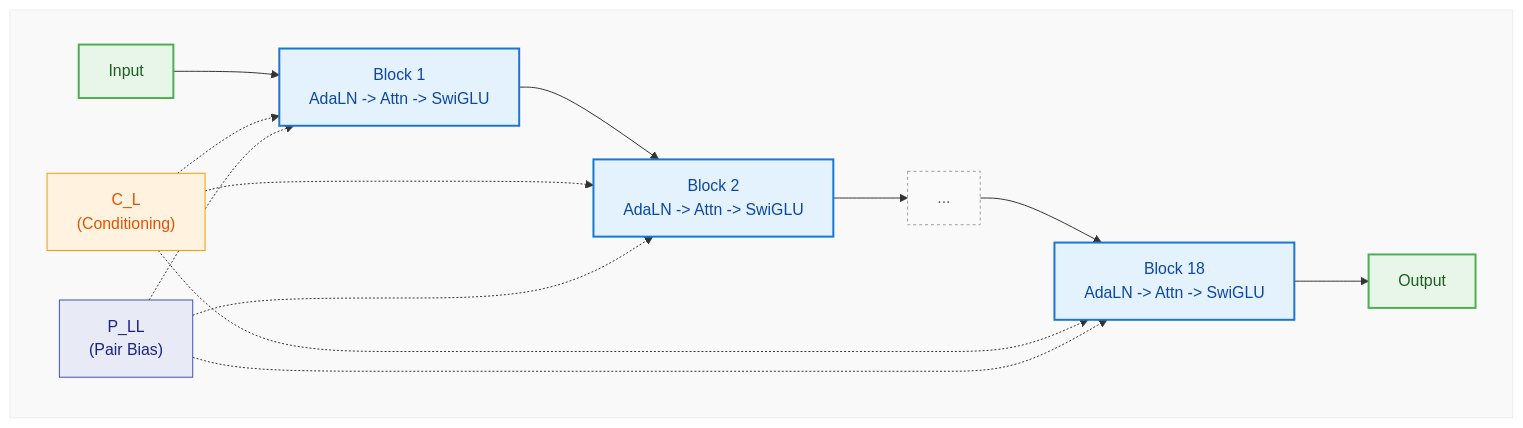
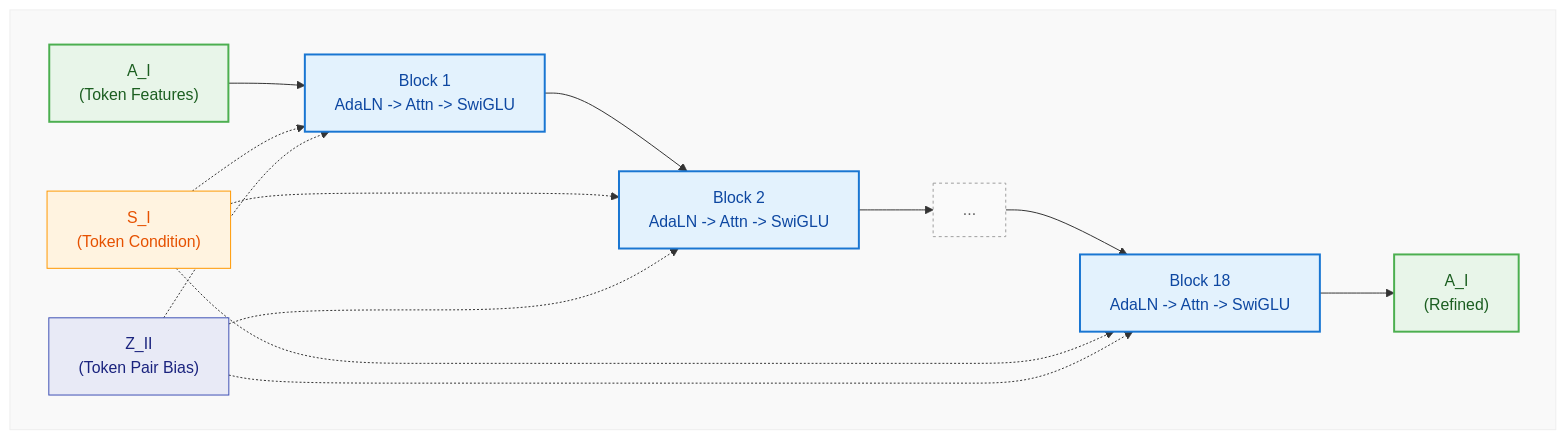
Diagram 12 of 15 in models/rfd3/RFD3_architecture_mermaid.md (RTae/foundry), drawn with Mermaid before and after one commit. The commit also changed other lines of this file, not shown here.

Commit message:
refactor: update RFD3 model flow diagrams with accurate feature annotations for input and output

````diff
--- a/models/rfd3/RFD3_architecture_mermaid.md
+++ b/models/rfd3/RFD3_architecture_mermaid.md
@@ -626,21 +625,21 @@
 ```mermaid
 flowchart LR
     subgraph TG [ ]
         direction LR
-        IN["Input"] --> B1["Block 1\n AdaLN -> Attn -> SwiGLU"] --> B2["Block 2\n AdaLN -> Attn -> SwiGLU"] --> dots["..."] --> B18["Block 18\n AdaLN -> Attn -> SwiGLU"] --> OUT["Output"]
-        SI["C_L \n(Conditioning)"] -.-> B1 & B2 & B18
-        ZII["P_LL \n(Pair Bias)"] -.-> B1 & B2 & B18
+        IN["A_I\n(Token Features)"] --> B1["Block 1\n AdaLN -> Attn -> SwiGLU"] --> B2["Block 2\n AdaLN -> Attn -> SwiGLU"] --> dots["..."] --> B18["Block 18\n AdaLN -> Attn -> SwiGLU"] --> OUT["A_I\n(Refined)"]
+        SI["S_I \n(Token Condition)"] -.-> B1 & B2 & B18
+        ZII["Z_II \n(Token Pair Bias)"] -.-> B1 & B2 & B18
     end
 
     style IN fill:#e8f5e9,stroke:#4CAF50,stroke-width:2px,color:#1B5E20
     style B1 fill:#e3f2fd,stroke:#1976D2,stroke-width:2px,color:#0D47A1
     style B2 fill:#e3f2fd,stroke:#1976D2,stroke-width:2px,color:#0D47A1
     style dots fill:#fafafa,stroke:#9E9E9E,stroke-width:1px,stroke-dasharray:3 3,color:#616161
     style B18 fill:#e3f2fd,stroke:#1976D2,stroke-width:2px,color:#0D47A1
     style OUT fill:#e8f5e9,stroke:#4CAF50,stroke-width:2px,color:#1B5E20
     style SI fill:#fff3e0,stroke:#FF9800,stroke-width:1px,color:#E65100
     style ZII fill:#e8eaf6,stroke:#3F51B5,stroke-width:1px,color:#1A237E
 
     %% Background Style
     style TG fill:#f9f9f9,stroke:#eeeeee,stroke-width:1px
 ```
````
